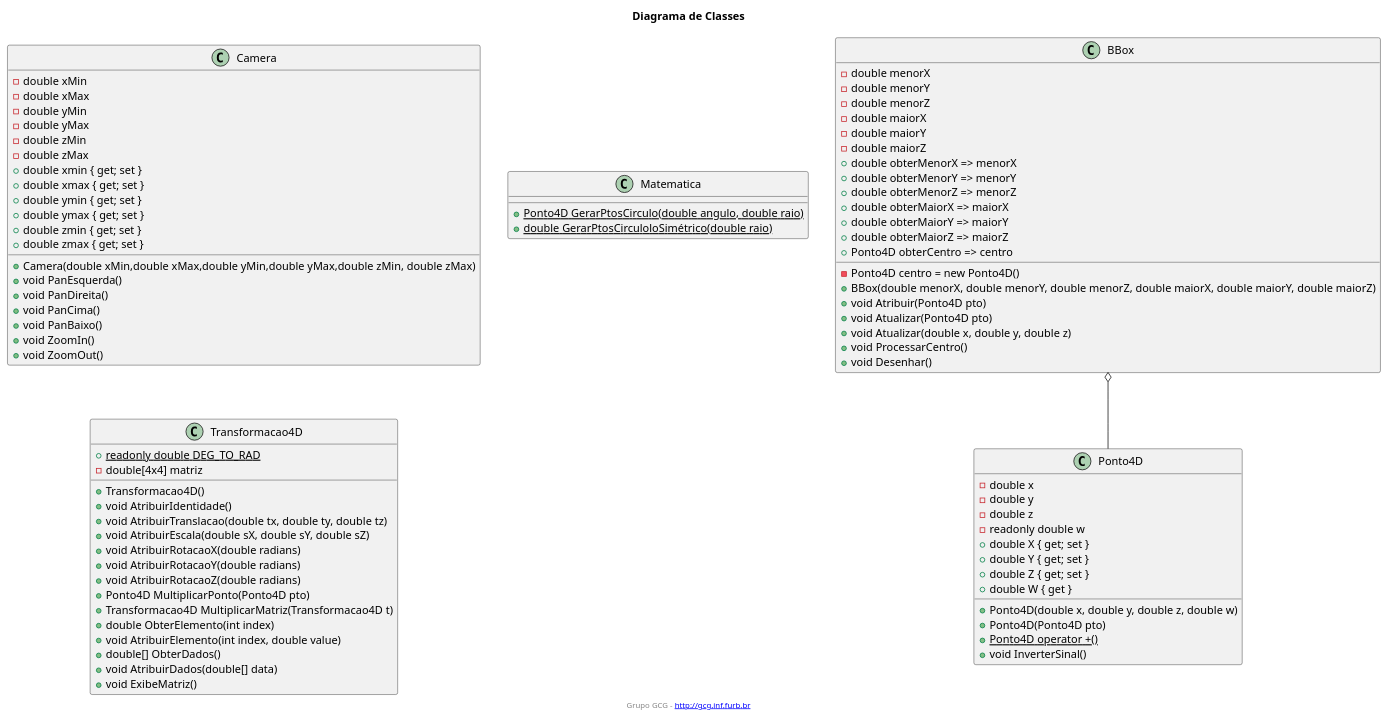
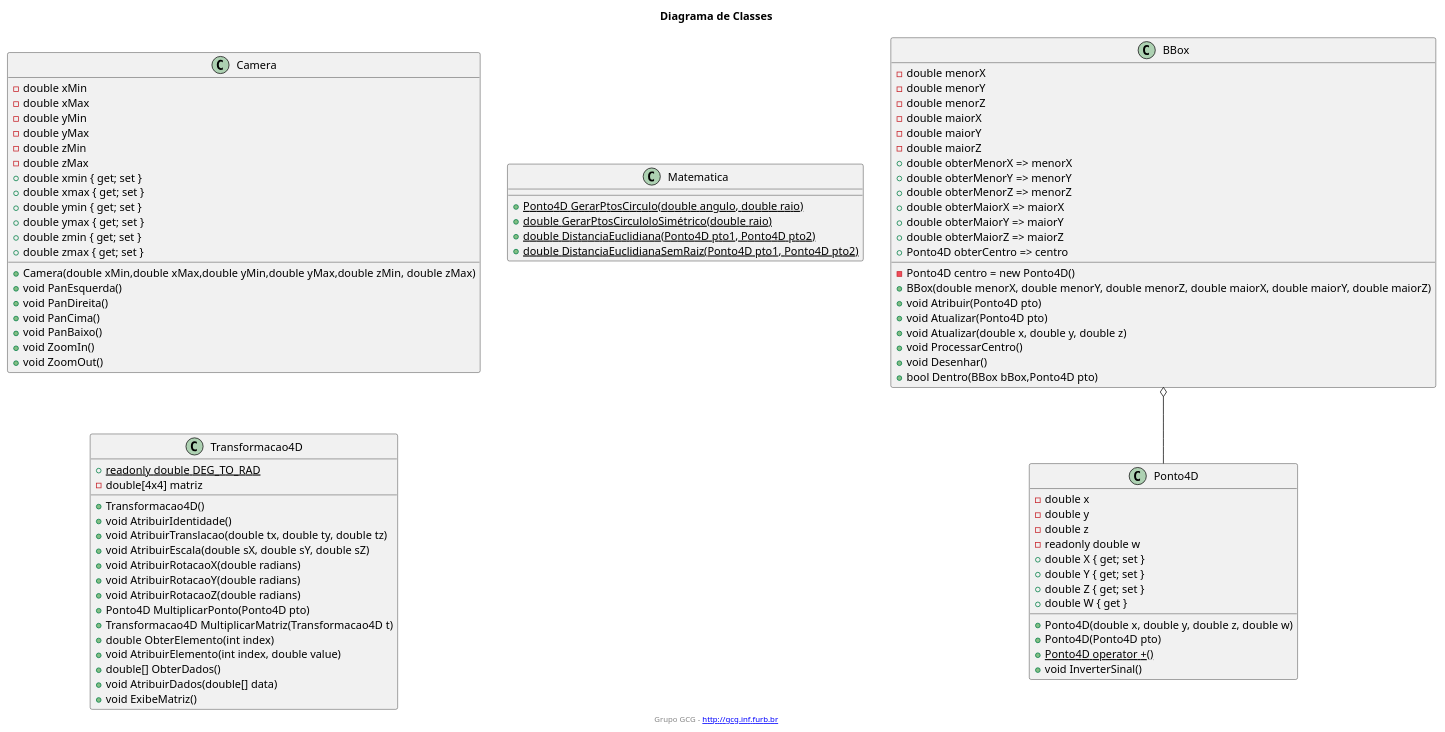
Before and after one commit to gustavospiess/gcg-cg: the diagram in CG_Biblioteca/docs/umlClasses.wsd, drawn with PlantUML. The commit also changed 4 other files, not shown here.

Commit message:
Separando código "Privado_". Atualizei diagramas.

```diff
--- a/CG_Biblioteca/docs/umlClasses.wsd
+++ b/CG_Biblioteca/docs/umlClasses.wsd
@@ -2,81 +2,86 @@
 @startuml CG_Biblioteca
 
 title Diagrama de Classes
 footer Grupo GCG - [[http://gcg.inf.furb.br]]
 
 BBox : - double menorX
 BBox : - double menorY
 BBox : - double menorZ
 BBox : - double maiorX
 BBox : - double maiorY
 BBox : - double maiorZ
 BBox : - Ponto4D centro = new Ponto4D()
 BBox : + BBox(double menorX, double menorY, double menorZ, double maiorX, double maiorY, double maiorZ)
 BBox : + void Atribuir(Ponto4D pto)
 BBox : + void Atualizar(Ponto4D pto)
 BBox : + void Atualizar(double x, double y, double z)
 BBox : + void ProcessarCentro()
 BBox : + void Desenhar()
 BBox : + double obterMenorX => menorX
 BBox : + double obterMenorY => menorY
 BBox : + double obterMenorZ => menorZ
 BBox : + double obterMaiorX => maiorX
 BBox : + double obterMaiorY => maiorY
 BBox : + double obterMaiorZ => maiorZ
 BBox : + Ponto4D obterCentro => centro
 BBox o-- Ponto4D
+/' Privado_BBox '/
+BBox : + bool Dentro(BBox bBox,Ponto4D pto)
 
 Camera : - double xMin
 Camera : - double xMax
 Camera : - double yMin
 Camera : - double yMax
 Camera : - double zMin
 Camera : - double zMax
 Camera : + Camera(double xMin,double xMax,double yMin,double yMax,double zMin, double zMax)
 Camera : + double xmin { get; set }
 Camera : + double xmax { get; set }
 Camera : + double ymin { get; set }
 Camera : + double ymax { get; set }
 Camera : + double zmin { get; set }
 Camera : + double zmax { get; set }
 Camera : + void PanEsquerda()
 Camera : + void PanDireita()
 Camera : + void PanCima()
 Camera : + void PanBaixo()
 Camera : + void ZoomIn()
 Camera : + void ZoomOut()
 
 Matematica : + {static} Ponto4D GerarPtosCirculo(double angulo, double raio)
 Matematica : + {static} double GerarPtosCirculoloSimétrico(double raio)
+/' Privado_Matematica '/ 
+Matematica : + {static} double DistanciaEuclidiana(Ponto4D pto1, Ponto4D pto2)
+Matematica : + {static} double DistanciaEuclidianaSemRaiz(Ponto4D pto1, Ponto4D pto2)
 
 Ponto4D : - double x
 Ponto4D : - double y
 Ponto4D : - double z
 Ponto4D : - readonly double w
 Ponto4D : + Ponto4D(double x, double y, double z, double w)
 Ponto4D : + Ponto4D(Ponto4D pto)
 Ponto4D : + {static} Ponto4D operator +()
 Ponto4D : + double X { get; set }
 Ponto4D : + double Y { get; set }
 Ponto4D : + double Z { get; set }
 Ponto4D : + double W { get }
 Ponto4D : + void InverterSinal()
 
 Transformacao4D : {static} + readonly double DEG_TO_RAD
 Transformacao4D : -double[4x4] matriz
 Transformacao4D : +Transformacao4D()
 Transformacao4D : +void AtribuirIdentidade()
 Transformacao4D : +void AtribuirTranslacao(double tx, double ty, double tz)
 Transformacao4D : +void AtribuirEscala(double sX, double sY, double sZ)
 Transformacao4D : +void AtribuirRotacaoX(double radians)
 Transformacao4D : +void AtribuirRotacaoY(double radians)
 Transformacao4D : +void AtribuirRotacaoZ(double radians)
 Transformacao4D : +Ponto4D MultiplicarPonto(Ponto4D pto)
 Transformacao4D : +Transformacao4D MultiplicarMatriz(Transformacao4D t)
 Transformacao4D : +double ObterElemento(int index)
 Transformacao4D : +void AtribuirElemento(int index, double value)
 Transformacao4D : +double[] ObterDados()
 Transformacao4D : +void AtribuirDados(double[] data)
 Transformacao4D : +void ExibeMatriz()
 
 @enduml
```
